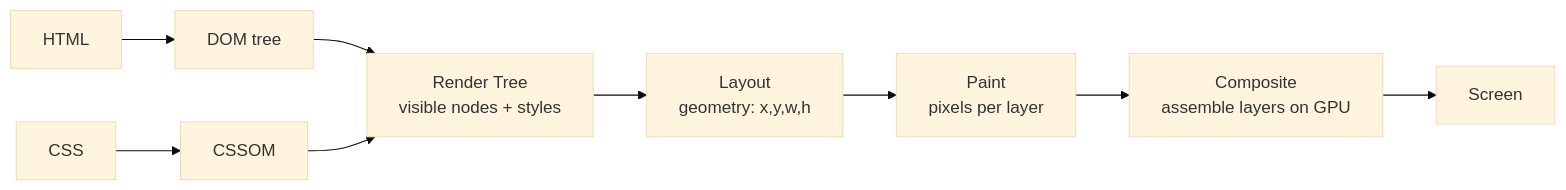
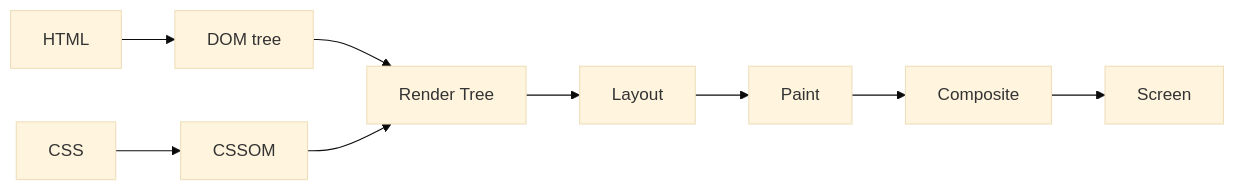
The first of 2 diagrams in packages/content/content/07-browser-rendering.mdx (ashishxcode/frontend-internals), drawn with Mermaid (base theme) before and after one commit. The commit also changed other lines of this file and 34 other files, not shown here.

````diff
--- a/packages/content/content/07-browser-rendering.mdx
+++ b/packages/content/content/07-browser-rendering.mdx
@@ -26,11 +18,11 @@
 ```mermaid
 flowchart LR
   HTML[HTML] --> DOM[DOM tree]
   CSS[CSS] --> CSSOM[CSSOM]
-  DOM --> RT[Render Tree<br/>visible nodes + styles]
+  DOM --> RT[Render Tree]
   CSSOM --> RT
-  RT --> L[Layout<br/>geometry: x,y,w,h]
-  L --> P[Paint<br/>pixels per layer]
-  P --> C[Composite<br/>assemble layers on GPU]
+  RT --> L[Layout]
+  L --> P[Paint]
+  P --> C[Composite]
   C --> screen[Screen]
 ```
````
